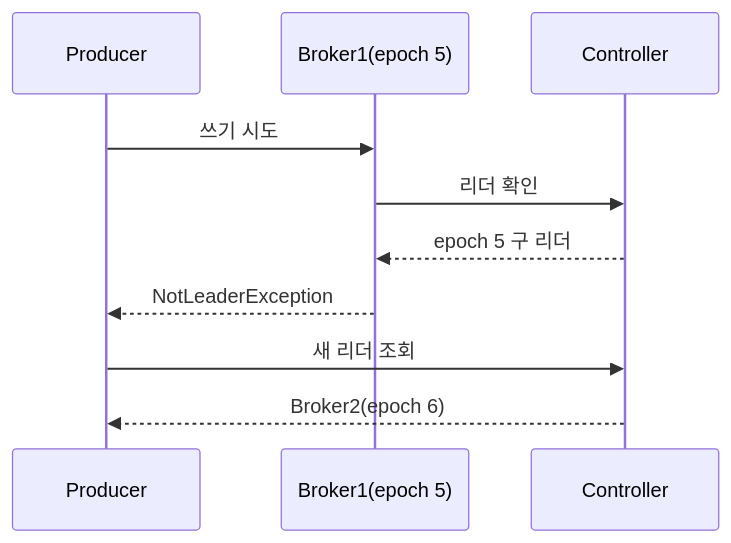
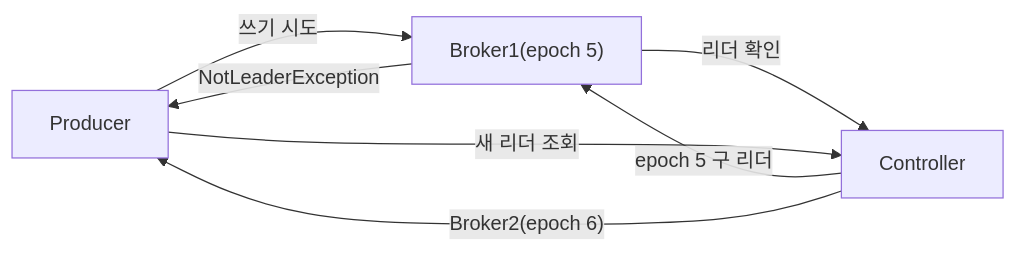
One commit to yjkim2015/yjkim2015.github.io changed diagram 18 of 21 in _posts/kafka/2026-05-01-kafka-extreme-scenarios.md. Above: the diagram before and after it, drawn with Mermaid. The commit also changed other lines of this file and 32 other files, not shown here.

First line of the commit message:
sequenceDiagram 82개 → graph LR 변환 완료

````diff
--- a/_posts/kafka/2026-05-01-kafka-extreme-scenarios.md
+++ b/_posts/kafka/2026-05-01-kafka-extreme-scenarios.md
@@ -536,12 +533,9 @@
 ```mermaid
-sequenceDiagram
-    participant P as Producer
-    participant B1 as Broker1(epoch 5)
-    participant CTL as Controller
-    P->>B1: 쓰기 시도
-    B1->>CTL: 리더 확인
-    CTL-->>B1: epoch 5 구 리더
-    B1-->>P: NotLeaderException
-    P->>CTL: 새 리더 조회
-    CTL-->>P: Broker2(epoch 6)
+graph LR
+    P["Producer"] -->|"쓰기 시도"| B1["Broker1(epoch 5)"]
+    B1 -->|"리더 확인"| CTL["Controller"]
+    CTL -->|"epoch 5 구 리더"| B1
+    B1 -->|"NotLeaderException"| P
+    P -->|"새 리더 조회"| CTL
+    CTL -->|"Broker2(epoch 6)"| P
 ```
````
